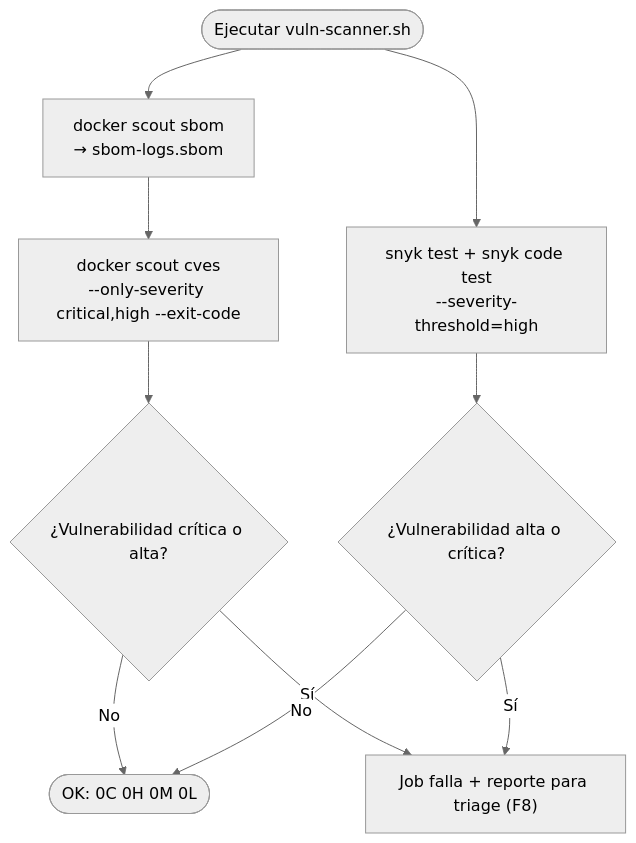
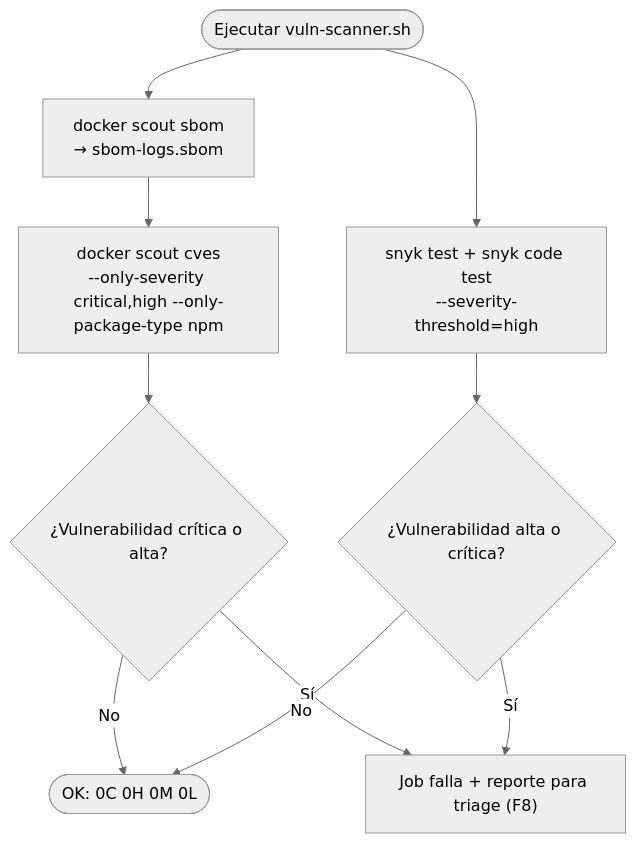
Before and after one commit to gcastrovInvenio/meg-backend: the seventh of 8 diagrams in docs/pentest-playbook.md, drawn with Mermaid (neutral theme). The commit also changed other lines of this file and 10 other files, not shown here.

````diff
--- a/docs/pentest-playbook.md
+++ b/docs/pentest-playbook.md
@@ -273,12 +273,12 @@
 ```mermaid
 flowchart TD
     A(["Ejecutar vuln-scanner.sh"]) --> B["docker scout sbom<br/>→ sbom-logs.sbom"]
-    B --> C["docker scout cves<br/>--only-severity critical,high --exit-code"]
+    B --> C["docker scout cves<br/>--only-severity critical,high --only-package-type npm"]
     C --> D{"¿Vulnerabilidad crítica o alta?"}
     D -- No --> E(["OK: 0C 0H 0M 0L"])
     D -- Sí --> F["Job falla + reporte para triage (F8)"]
     A --> G["snyk test + snyk code test<br/>--severity-threshold=high"]
     G --> H{"¿Vulnerabilidad alta o crítica?"}
     H -- No --> E
     H -- Sí --> F
 ```
````
